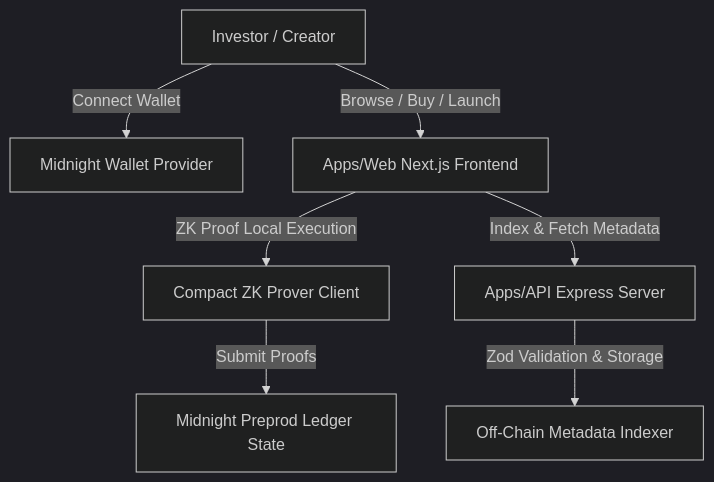
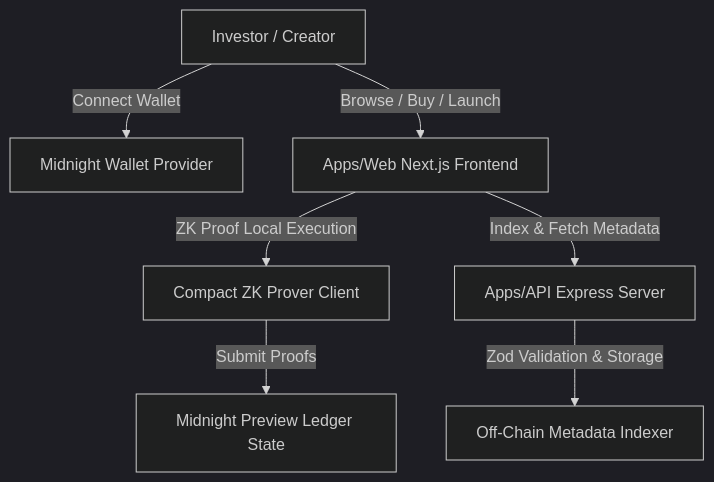
Before and after one commit to CoderRahul01/PrivyMint: the diagram in docs/Architecture.md, drawn with Mermaid (dark theme). The commit also changed 58 other files, not shown here.

Commit message:
fix(submission): add compact source files to root and contracts, build 3-part ZK test suite, and migrate deployment target to Midnight Preview

````diff
--- a/docs/Architecture.md
+++ b/docs/Architecture.md
@@ -60,9 +60,9 @@
 ```mermaid
 graph TD
     User[Investor / Creator] -->|Connect Wallet| WalletCtx[Midnight Wallet Provider]
     User -->|Browse / Buy / Launch| NextApp[Apps/Web Next.js Frontend]
     NextApp -->|ZK Proof Local Execution| CompactEngine[Compact ZK Prover Client]
-    CompactEngine -->|Submit Proofs| MidnightChain[Midnight Preprod Ledger State]
+    CompactEngine -->|Submit Proofs| MidnightChain[Midnight Preview Ledger State]
     NextApp -->|Index & Fetch Metadata| ExpressAPI[Apps/API Express Server]
     ExpressAPI -->|Zod Validation & Storage| InMemStore[Off-Chain Metadata Indexer]
 ```
````
